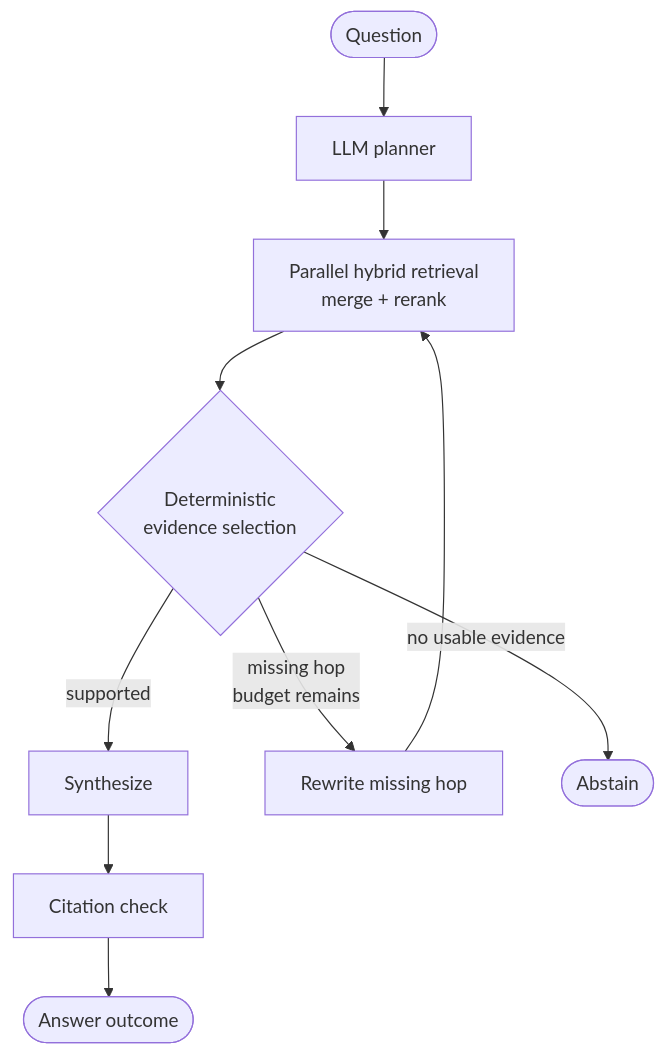
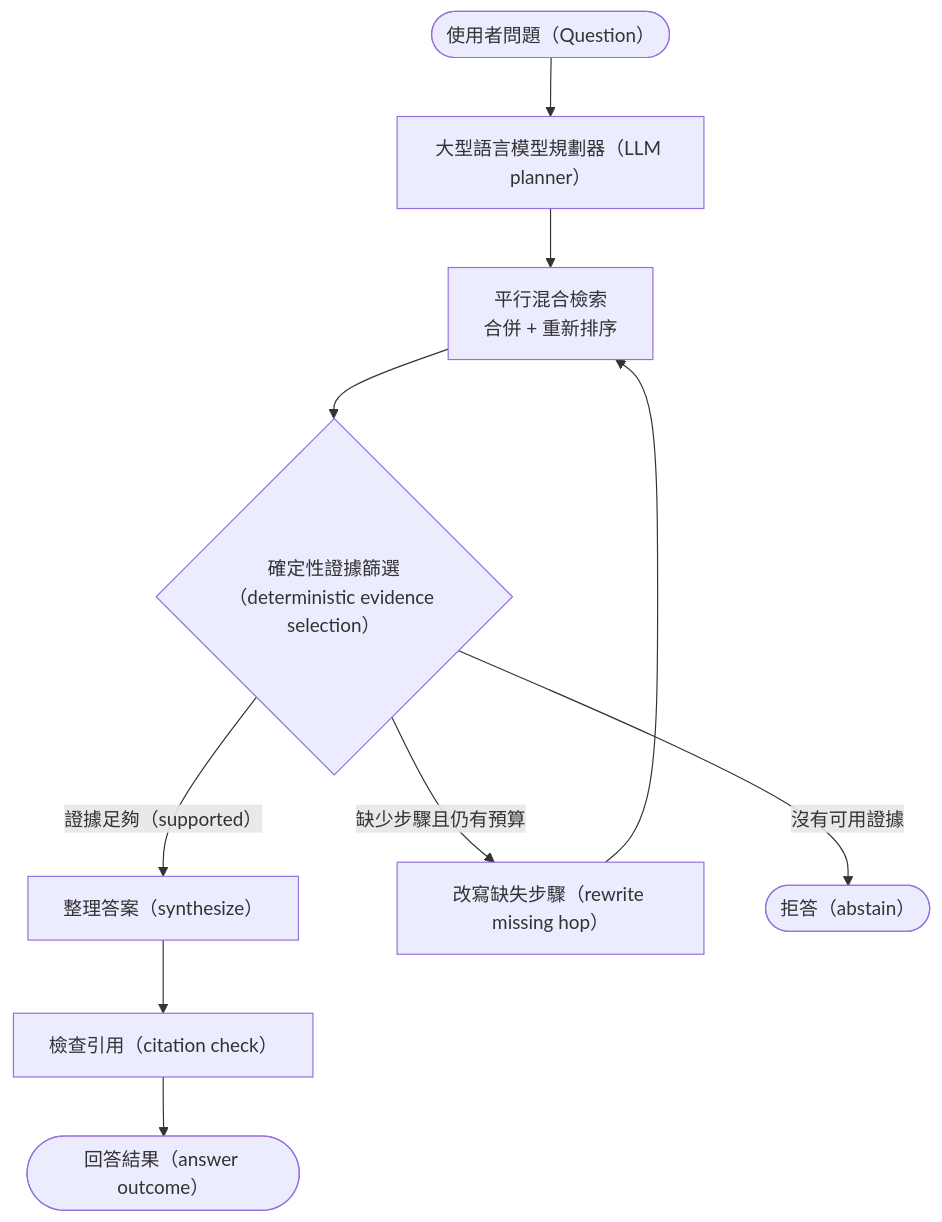
The third of 5 diagrams in README.md (haoagentuse-glitch/frus-agentic-rag), drawn with Mermaid before and after one commit. The commit also changed other lines of this file, not shown here.

````diff
--- a/README.md
+++ b/README.md
@@ -76,12 +88,12 @@
 ```mermaid
 flowchart TD
-    Q([Question]) --> P[LLM planner]
-    P --> R[Parallel hybrid retrieval<br/>merge + rerank]
-    R --> G{Deterministic<br/>evidence selection}
-    G -->|supported| S[Synthesize]
-    G -->|missing hop<br/>budget remains| W[Rewrite missing hop]
+    Q(["使用者問題（Question）"]) --> P["大型語言模型規劃器（LLM planner）"]
+    P --> R["平行混合檢索<br/>合併 + 重新排序"]
+    R --> G{"確定性證據篩選<br/>（deterministic evidence selection）"}
+    G -->|"證據足夠（supported）"| S["整理答案（synthesize）"]
+    G -->|"缺少步驟且仍有預算"| W["改寫缺失步驟（rewrite missing hop）"]
     W --> R
-    G -->|no usable evidence| X([Abstain])
-    S --> C[Citation check]
-    C --> O([Answer outcome])
+    G -->|"沒有可用證據"| X(["拒答（abstain）"])
+    S --> C["檢查引用（citation check）"]
+    C --> O(["回答結果（answer outcome）"])
 ```
````
